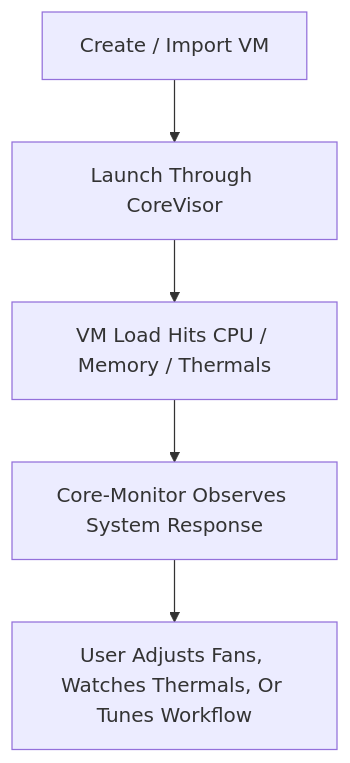
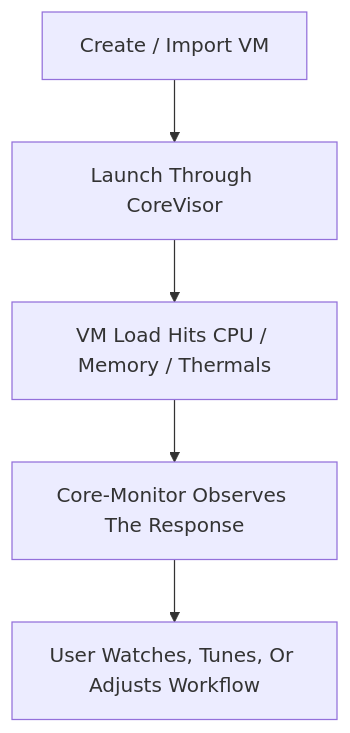
One commit to offyotto/Core-Monitor changed the third of 3 diagrams in README.md. Above: the diagram before and after it, drawn with Mermaid. The commit also changed other lines of this file, not shown here.

````diff
--- a/README.md
+++ b/README.md
@@ -287,7 +409,7 @@
 ```mermaid
 flowchart TD
     A["Create / Import VM"] --> B["Launch Through CoreVisor"]
     B --> C["VM Load Hits CPU / Memory / Thermals"]
-    C --> D["Core-Monitor Observes System Response"]
-    D --> E["User Adjusts Fans, Watches Thermals, Or Tunes Workflow"]
+    C --> D["Core-Monitor Observes The Response"]
+    D --> E["User Watches, Tunes, Or Adjusts Workflow"]
 ```
````
